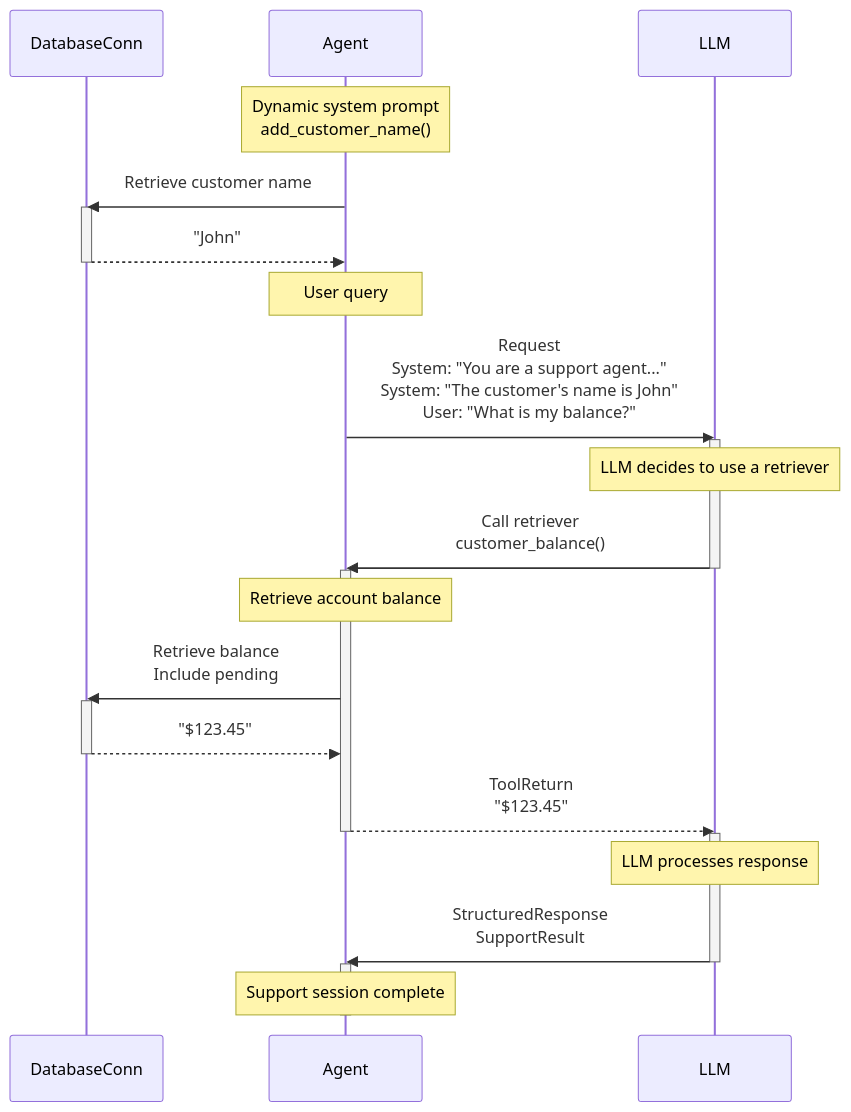
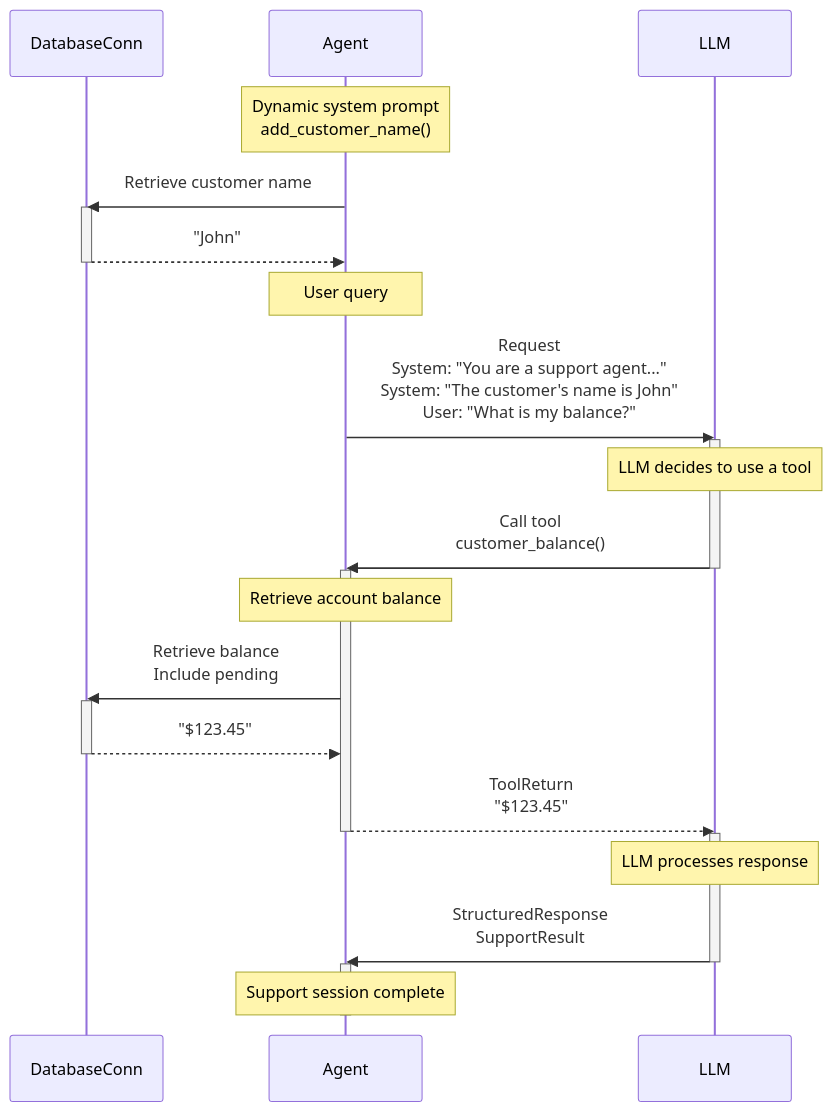
Before and after one commit to pydantic/pydantic-ai: the diagram in docs/index.md, drawn with Mermaid. The commit also changed other lines of this file and 29 other files, not shown here.

````diff
--- a/docs/index.md
+++ b/docs/index.md
@@ -140,38 +140,38 @@
 ```mermaid
 sequenceDiagram
     participant DatabaseConn
     participant Agent
     participant LLM
 
     Note over Agent: Dynamic system prompt<br>add_customer_name()
     Agent ->> DatabaseConn: Retrieve customer name
     activate DatabaseConn
     DatabaseConn -->> Agent: "John"
     deactivate DatabaseConn
 
     Note over Agent: User query
 
     Agent ->> LLM: Request<br>System: "You are a support agent..."<br>System: "The customer's name is John"<br>User: "What is my balance?"
     activate LLM
-    Note over LLM: LLM decides to use a retriever
-    LLM ->> Agent: Call retriever<br>customer_balance()
+    Note over LLM: LLM decides to use a tool
+    LLM ->> Agent: Call tool<br>customer_balance()
     deactivate LLM
     activate Agent
     Note over Agent: Retrieve account balance
 
     Agent ->> DatabaseConn: Retrieve balance<br>Include pending
     activate DatabaseConn
     DatabaseConn -->> Agent: "$123.45"
     deactivate DatabaseConn
 
     Agent -->> LLM: ToolReturn<br>"$123.45"
     deactivate Agent
     activate LLM
     Note over LLM: LLM processes response
 
     LLM ->> Agent: StructuredResponse<br>SupportResult
     deactivate LLM
     activate Agent
     Note over Agent: Support session complete
     deactivate Agent
 ```
````
